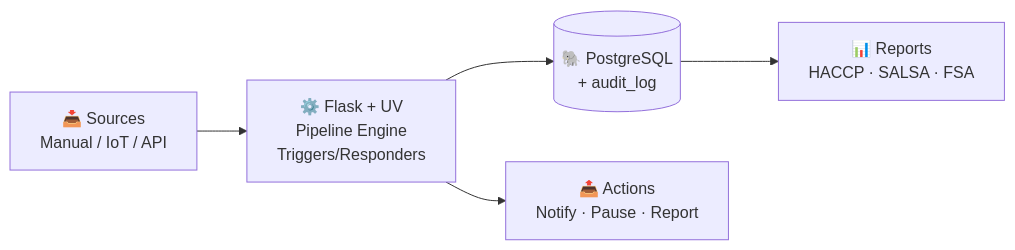
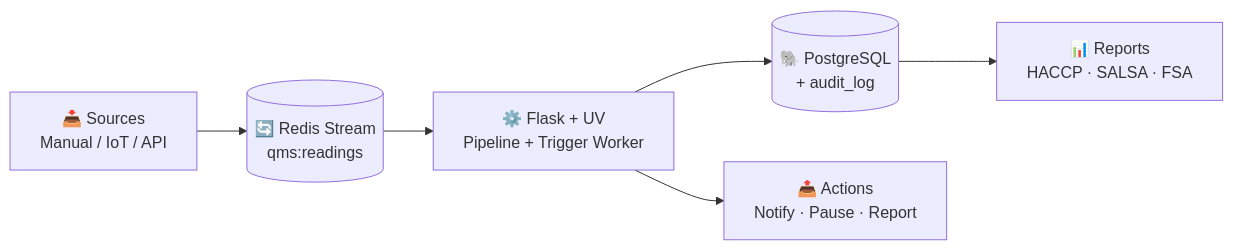
Before and after one commit to AmigoUK/qms-bakery: the diagram in README.md, drawn with Mermaid. The commit also changed other lines of this file and 10 other files, not shown here.

First line of the commit message:
Redis-Stream buffer + trigger worker between MQTT bridge and DB

````diff
--- a/README.md
+++ b/README.md
@@ -37,13 +37,15 @@
 ```mermaid
 graph LR
     SRC["📥 Sources<br/>Manual / IoT / API"]
-    APP["⚙️ Flask + UV<br/>Pipeline Engine<br/>Triggers/Responders"]
+    BUF[("🔄 Redis Stream<br/>qms:readings")]
+    APP["⚙️ Flask + UV<br/>Pipeline + Trigger Worker"]
     DB[("🐘 PostgreSQL<br/>+ audit_log")]
     OUT["📤 Actions<br/>Notify · Pause · Report"]
     REP["📊 Reports<br/>HACCP · SALSA · FSA"]
 
-    SRC --> APP
+    SRC --> BUF
+    BUF --> APP
     APP --> DB
     APP --> OUT
     DB --> REP
 ```
````
